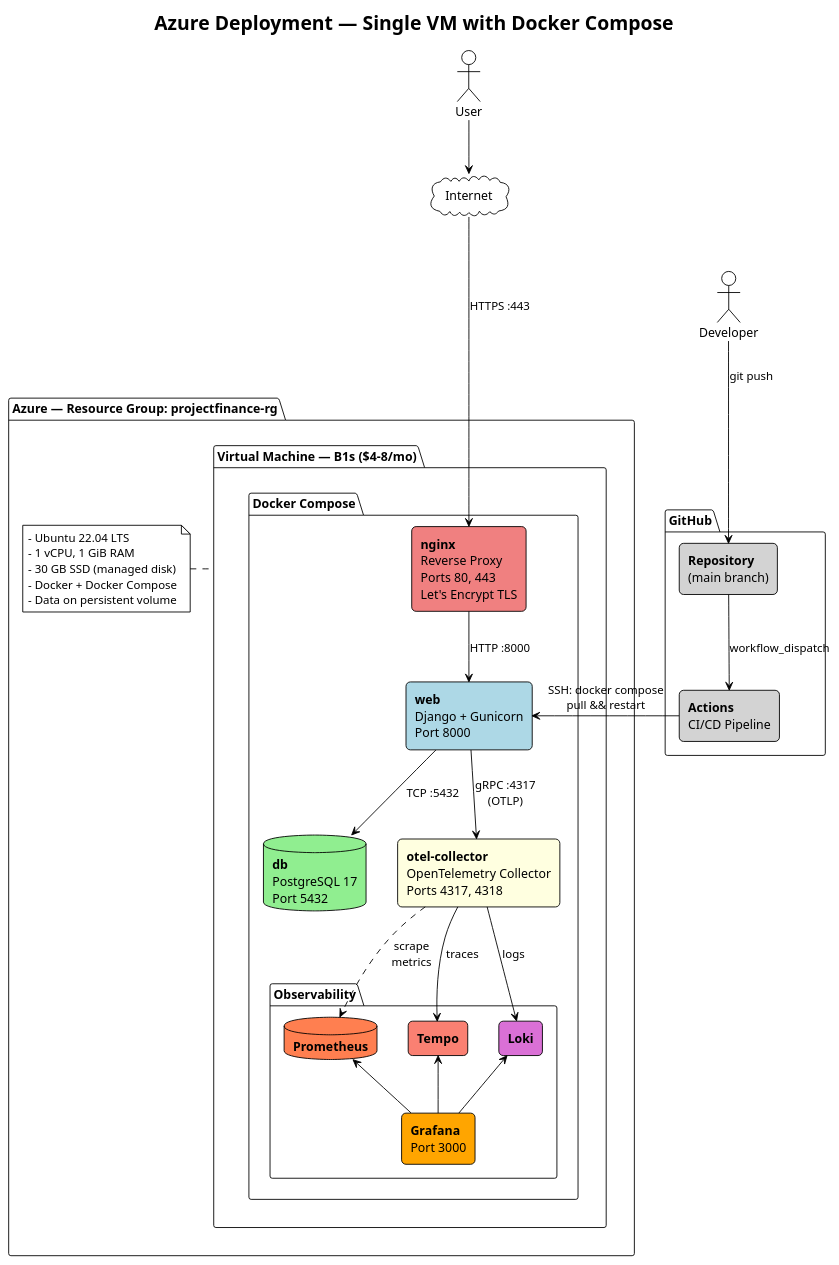
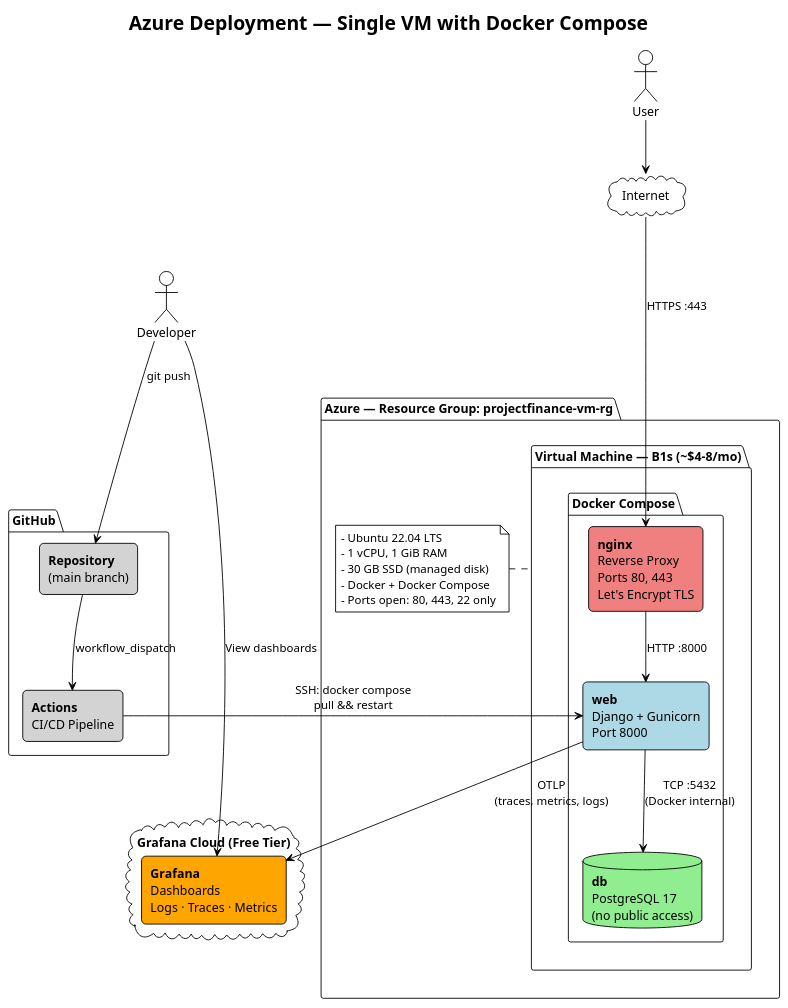
One commit to jcaraya93/ProjectFinance changed the diagram in docs/infrastructure/azure-deployment-simple.puml. Above: the diagram before and after it, drawn with PlantUML. The commit also changed 5 other files, not shown here.

First line of the commit message:
Add production Docker Compose with Grafana Cloud for observability

```diff
--- a/docs/infrastructure/azure-deployment-simple.puml
+++ b/docs/infrastructure/azure-deployment-simple.puml
@@ -1,69 +1,58 @@
 @startuml azure-deployment-simple
 !theme plain
 title Azure Deployment — Single VM with Docker Compose
 
 skinparam rectangle {
   RoundCorner 10
 }
 
 actor "User" as user
 actor "Developer" as dev
 
 cloud "Internet" as internet
 
 package "GitHub" {
   rectangle "**Repository**\n(main branch)" as repo #LightGray
   rectangle "**Actions**\nCI/CD Pipeline" as actions #LightGray
 }
 
-package "Azure — Resource Group: projectfinance-rg" {
+cloud "Grafana Cloud (Free Tier)" {
+  rectangle "**Grafana**\nDashboards\nLogs · Traces · Metrics" as grafana #Orange
+}
 
-  package "Virtual Machine — B1s ($4-8/mo)" as vm {
+package "Azure — Resource Group: projectfinance-vm-rg" {
+
+  package "Virtual Machine — B1s (~$4-8/mo)" as vm {
 
     package "Docker Compose" {
       rectangle "**nginx**\nReverse Proxy\nPorts 80, 443\nLet's Encrypt TLS" as nginx #LightCoral
 
       rectangle "**web**\nDjango + Gunicorn\nPort 8000" as webapp #LightBlue
 
-      database "**db**\nPostgreSQL 17\nPort 5432" as db #LightGreen
-
-      rectangle "**otel-collector**\nOpenTelemetry Collector\nPorts 4317, 4318" as otel #LightYellow
-
-      package "Observability" {
-        rectangle "**Grafana**\nPort 3000" as grafana #Orange
-        rectangle "**Loki**" as loki #Orchid
-        rectangle "**Tempo**" as tempo #Salmon
-        database "**Prometheus**" as prom #Coral
-      }
+      database "**db**\nPostgreSQL 17\n(no public access)" as db #LightGreen
     }
   }
 
   note left of vm
     - Ubuntu 22.04 LTS
     - 1 vCPU, 1 GiB RAM
     - 30 GB SSD (managed disk)
     - Docker + Docker Compose
-    - Data on persistent volume
+    - Ports open: 80, 443, 22 only
   end note
 }
 
 user --> internet
 internet ---> nginx : "HTTPS :443"
 
 dev --> repo : "git push"
 repo --> actions : "workflow_dispatch"
 actions -right-> webapp : "SSH: docker compose\npull && restart"
 
 nginx --> webapp : "HTTP :8000"
-webapp --> db : "TCP :5432"
-webapp --> otel : "gRPC :4317\n(OTLP)"
+webapp --> db : "TCP :5432\n(Docker internal)"
+webapp --> grafana : "OTLP\n(traces, metrics, logs)"
 
-otel --> loki : "logs"
-otel --> tempo : "traces"
-otel ..> prom : "scrape\nmetrics"
-
-grafana -up-> loki
-grafana -up-> tempo
-grafana -up-> prom
+dev --> grafana : "View dashboards"
 
 @enduml
```
